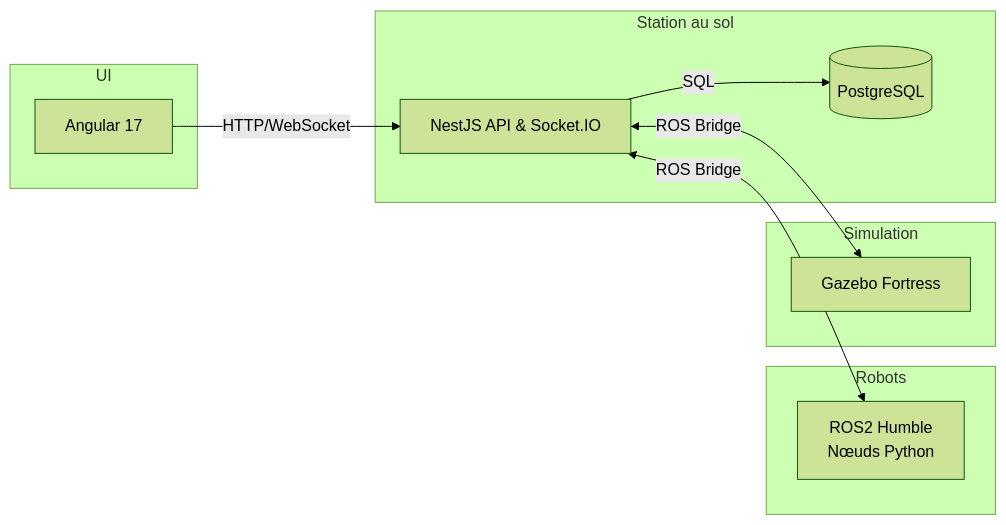
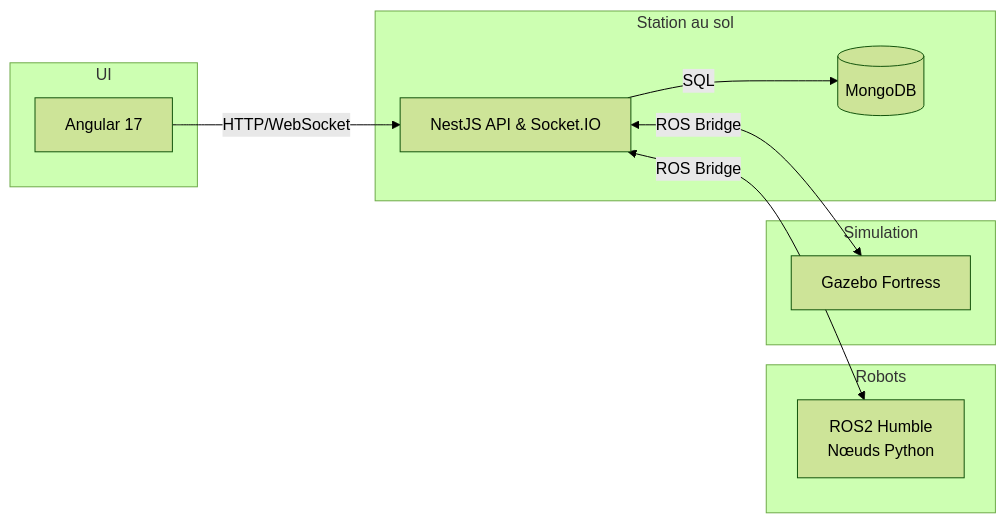
The diagram in README.md (isshadd/AgileXplorer), drawn with Mermaid (forest theme) before and after one commit. The commit also changed other lines of this file, not shown here.

````diff
--- a/README.md
+++ b/README.md
@@ -84,20 +85,20 @@
 ```mermaid
 flowchart LR
     subgraph Station au sol
         A[NestJS API & Socket.IO]
-        B[(PostgreSQL)]
+        B[(MongoDB)]
     end
     subgraph UI
         C[Angular 17]
     end
     subgraph Robots
         D[ROS2 Humble<br/>Nœuds Python]
     end
     subgraph Simulation
         E[Gazebo Fortress]
     end
     C --HTTP/WebSocket--> A
     A <--ROS Bridge--> D
     A <--ROS Bridge--> E
     A --SQL--> B
 ```
````
